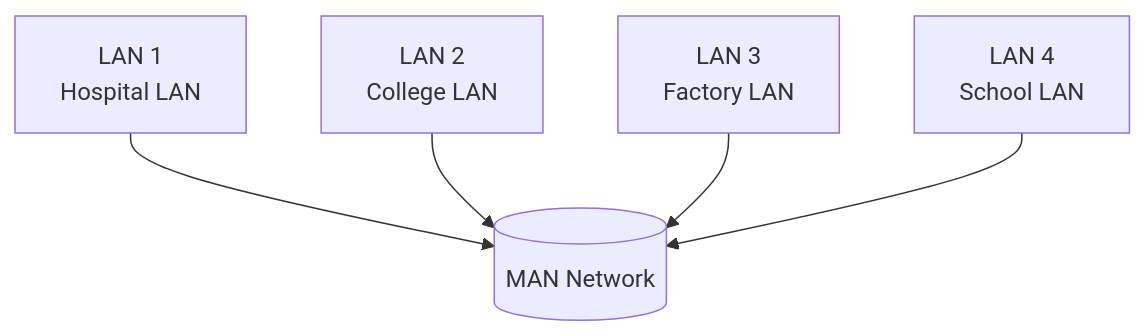
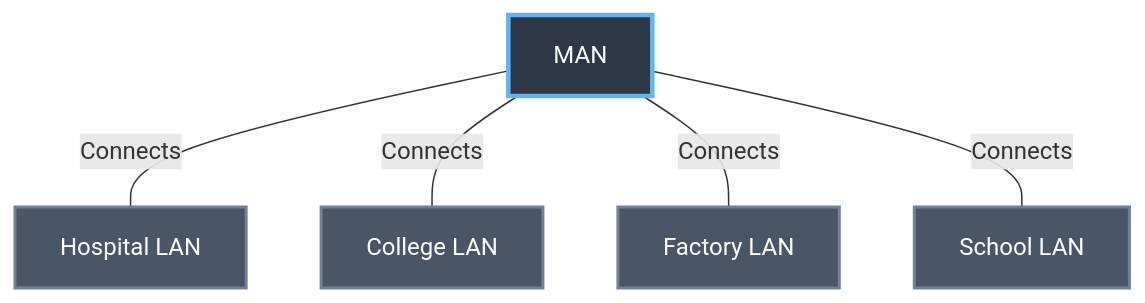
The fifth of 12 diagrams in docs/computer-sci/computer-fundamentals/CO&NWunit-2.md (pingforhelp/BCA), drawn with Mermaid before and after one commit. The commit also changed other lines of this file, not shown here.

````diff
--- a/docs/computer-sci/computer-fundamentals/CO&NWunit-2.md
+++ b/docs/computer-sci/computer-fundamentals/CO&NWunit-2.md
@@ -189,14 +280,21 @@
-```mermaid
-flowchart TB
-  LAN1[LAN 1<br>Hospital LAN]
-  LAN2[LAN 2<br>College LAN]
-  LAN3[LAN 3<br>Factory LAN]
-  LAN4[LAN 4<br>School LAN]
+``` mermaid
+graph TD
+    MAN[MAN]
 
-  MAN[(MAN Network)]
+    LAN1[Hospital LAN]
+    LAN2[College LAN]
+    LAN3[Factory LAN]
+    LAN4[School LAN]
 
-  LAN1 --> MAN
-  LAN2 --> MAN
-  LAN3 --> MAN
-  LAN4 --> MAN
+    MAN ---|Connects| LAN1
+    MAN ---|Connects| LAN2
+    MAN ---|Connects| LAN3
+    MAN ---|Connects| LAN4
+
+    style MAN fill:#2d3748,stroke:#63b3ed,stroke-width:3px,color:#fff
+    style LAN1 fill:#4a5568,stroke:#718096,stroke-width:2px,color:#fff
+    style LAN2 fill:#4a5568,stroke:#718096,stroke-width:2px,color:#fff
+    style LAN3 fill:#4a5568,stroke:#718096,stroke-width:2px,color:#fff
+    style LAN4 fill:#4a5568,stroke:#718096,stroke-width:2px,color:#fff
+
 ```
````
